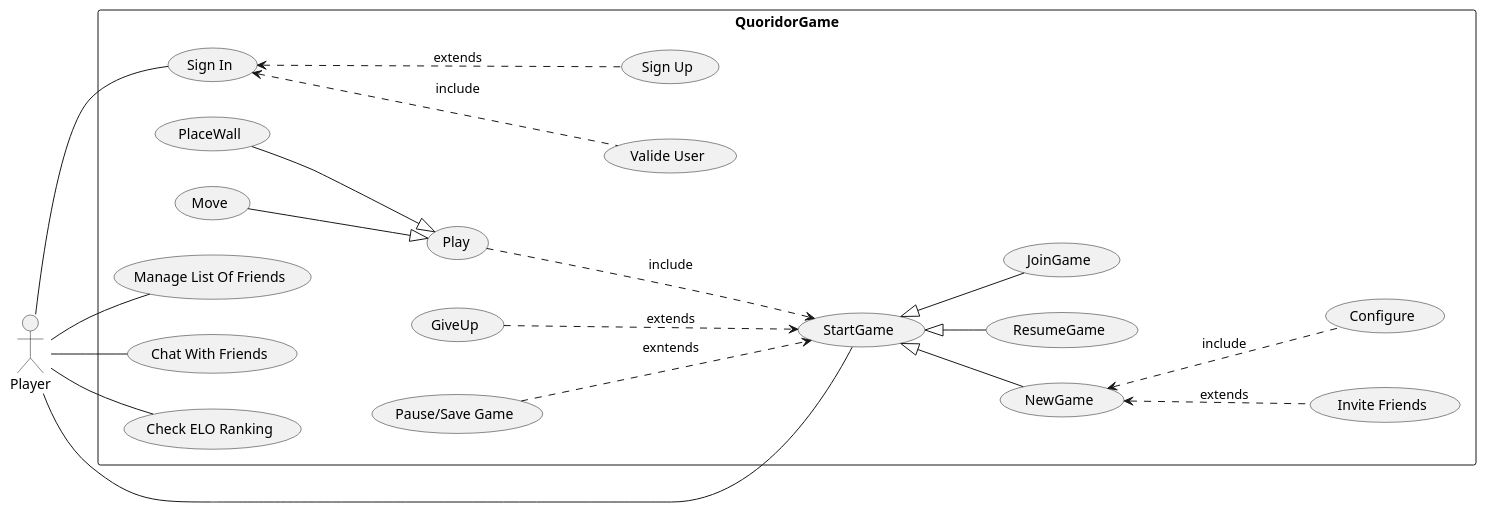
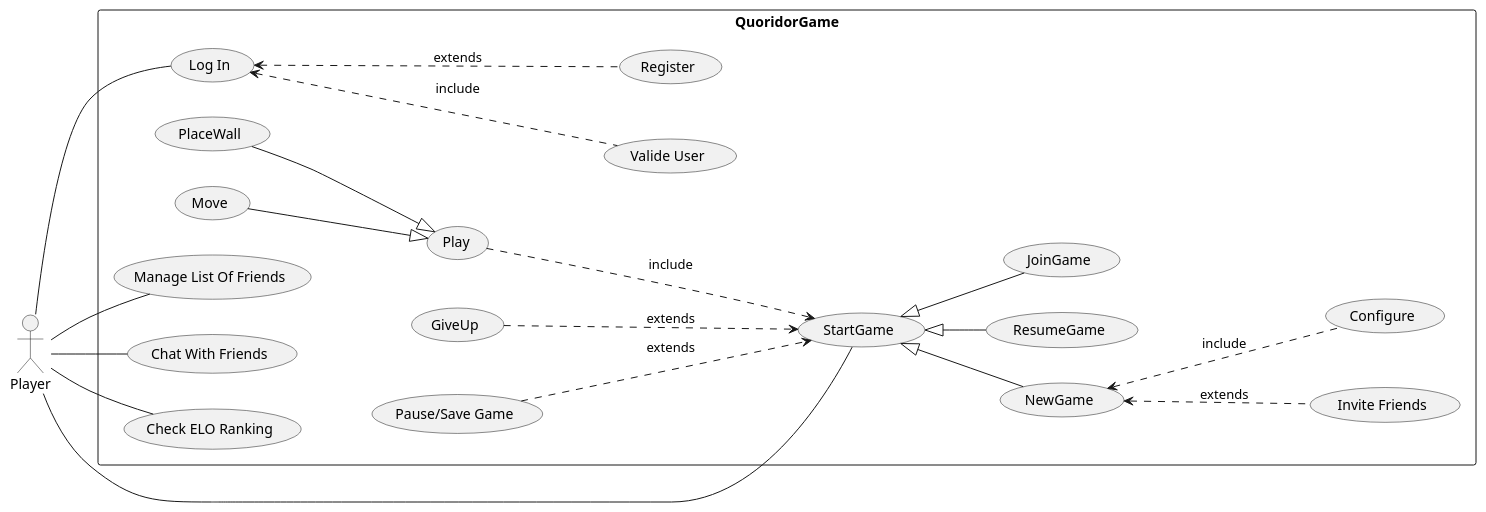
Before and after one commit to fnieri/Quoridor: the diagram in UML_Diagrams/UseCaseDiagram.pu, drawn with PlantUML.

Commit message:
Name Change

```diff
--- a/UML_Diagrams/UseCaseDiagram.pu
+++ b/UML_Diagrams/UseCaseDiagram.pu
@@ -3,31 +3,31 @@
 @startuml  UseCase
 left to right direction
 actor Player
 rectangle QuoridorGame {
 
 
-Player -left- (Sign In)
+Player -left- (Log In)
 Player -- (StartGame)
 Player -- (Manage List Of Friends)
 Player -- (Chat With Friends)
 Player -- (Check ELO Ranking)
 
 (StartGame) <|-- (ResumeGame)
 (StartGame) <|-- (JoinGame)
 (StartGame) <|-- (NewGame)
 
 (Invite Friends) .-up-> (NewGame) : extends
 (Configure) .-up-> (NewGame) : include
 
 (Play) .--> (StartGame) : include
 (GiveUp) .--> (StartGame) : extends
-(Pause/Save Game) .--> (StartGame) : exntends
+(Pause/Save Game) .--> (StartGame) : extends
 (Play) <|-up- (Move)
 (Play) <|-up- (PlaceWall)
 
-(Valide User) .-up-> (Sign In) : include
-(Sign Up) .-up-> (Sign In) : extends
+(Valide User) .-up-> (Log In) : include
+(Register) .-up-> (Log In) : extends
 
 
 }
 @enduml
```
